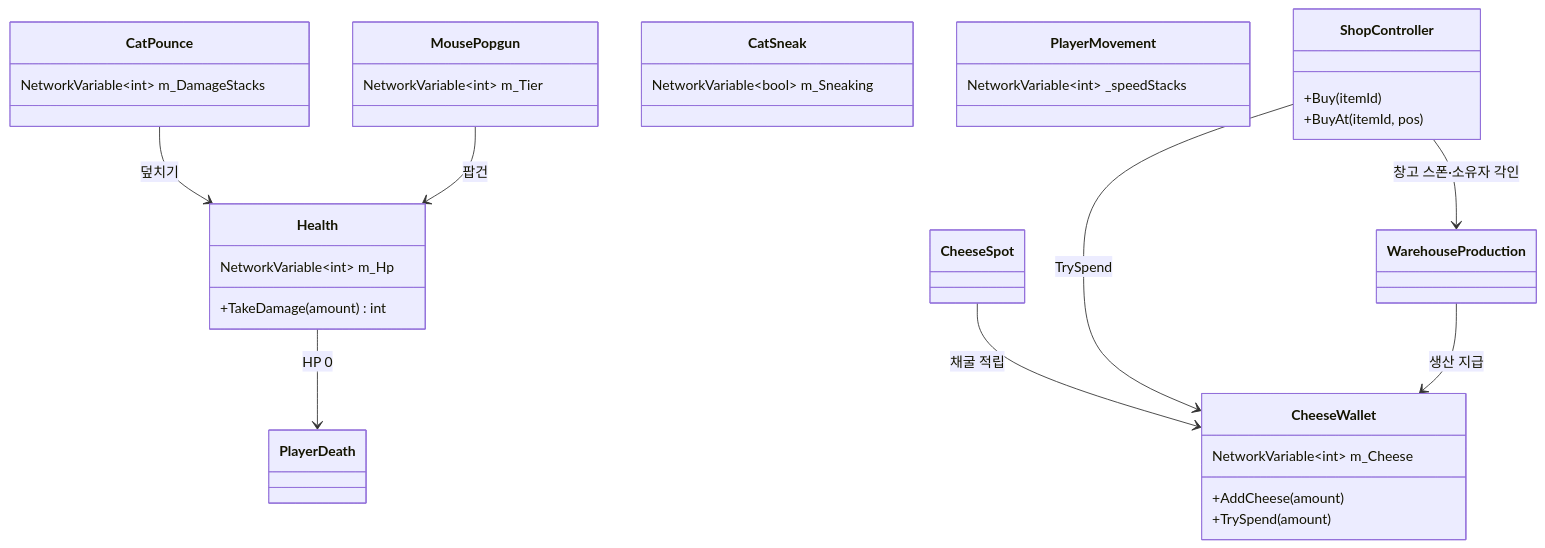
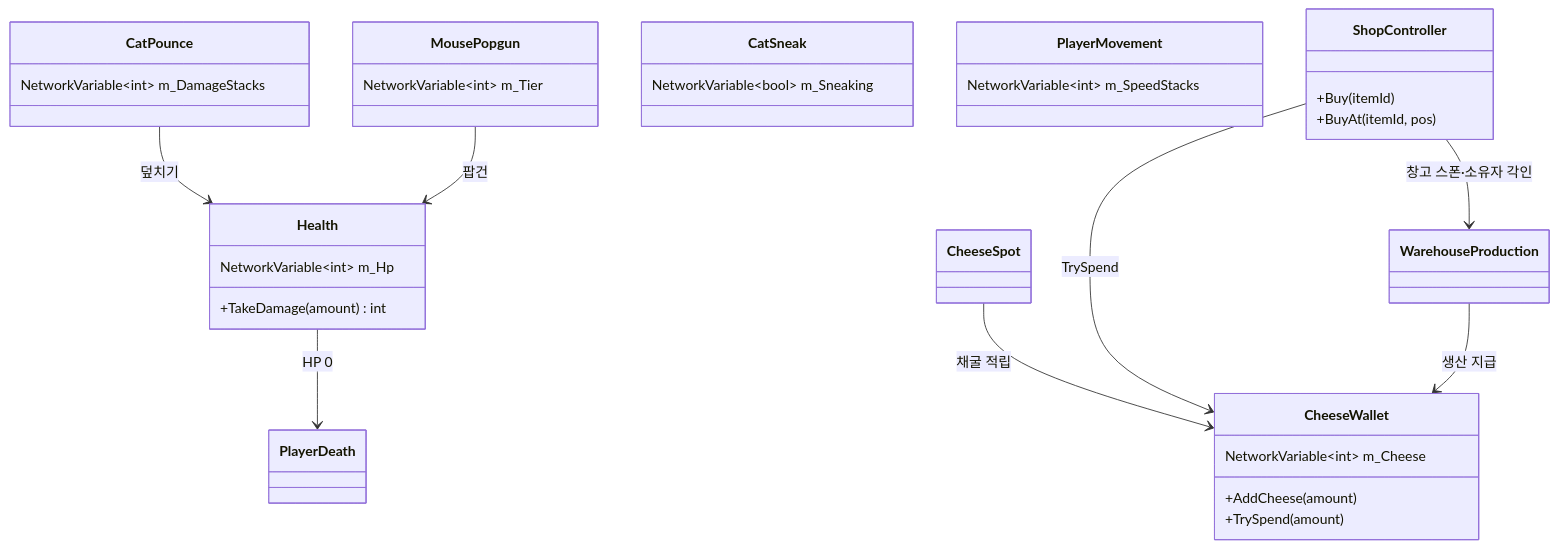
One commit to JeahanPark/The-Cheese-Thief-and-the-Cat changed the sixth of 10 diagrams in CTC/docs/design-vault/코드 다이어그램.md. Above: the diagram before and after it, drawn with Mermaid. The commit also changed other lines of this file and 11 other files, not shown here.

````diff
--- a/CTC/docs/design-vault/코드 다이어그램.md
+++ b/CTC/docs/design-vault/코드 다이어그램.md
@@ -131,38 +131,38 @@
 ```mermaid
 classDiagram
     direction TB
 
     class CheeseWallet {
         NetworkVariable~int~ m_Cheese
         +AddCheese(amount)
         +TrySpend(amount)
     }
     class Health {
         NetworkVariable~int~ m_Hp
         +TakeDamage(amount) int
     }
     class CatPounce {
         NetworkVariable~int~ m_DamageStacks
     }
     class MousePopgun {
         NetworkVariable~int~ m_Tier
     }
     class CatSneak {
         NetworkVariable~bool~ m_Sneaking
     }
     class PlayerMovement {
-        NetworkVariable~int~ _speedStacks
+        NetworkVariable~int~ m_SpeedStacks
     }
     class ShopController {
         +Buy(itemId)
         +BuyAt(itemId, pos)
     }
 
     CheeseSpot --> CheeseWallet : 채굴 적립
     ShopController --> CheeseWallet : TrySpend
     ShopController --> WarehouseProduction : 창고 스폰·소유자 각인
     WarehouseProduction --> CheeseWallet : 생산 지급
     CatPounce --> Health : 덮치기
     MousePopgun --> Health : 팝건
     Health --> PlayerDeath : HP 0
 ```
````
